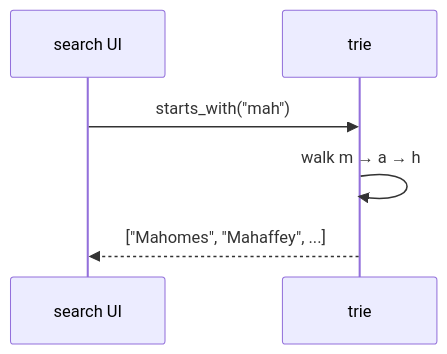
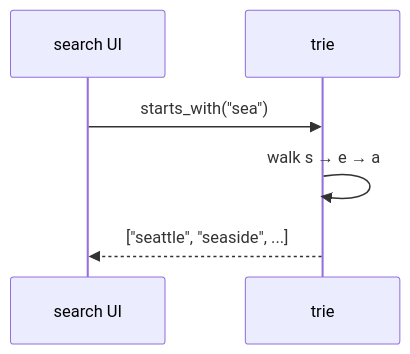
Before and after one commit to qgjones9/python-programming-guide: the second of 8 diagrams in docs/dsa/data-structures/tries/index.md, drawn with Mermaid. The commit also changed other lines of this file and 29 other files, not shown here.

````diff
--- a/docs/dsa/data-structures/tries/index.md
+++ b/docs/dsa/data-structures/tries/index.md
@@ -83,8 +88,8 @@
 ```mermaid
 sequenceDiagram
   participant UI as search UI
   participant T as trie
-  UI->>T: starts_with("mah")
-  T->>T: walk m → a → h
-  T-->>UI: ["Mahomes", "Mahaffey", ...]
+  UI->>T: starts_with("sea")
+  T->>T: walk s → e → a
+  T-->>UI: ["seattle", "seaside", ...]
 ```
````
